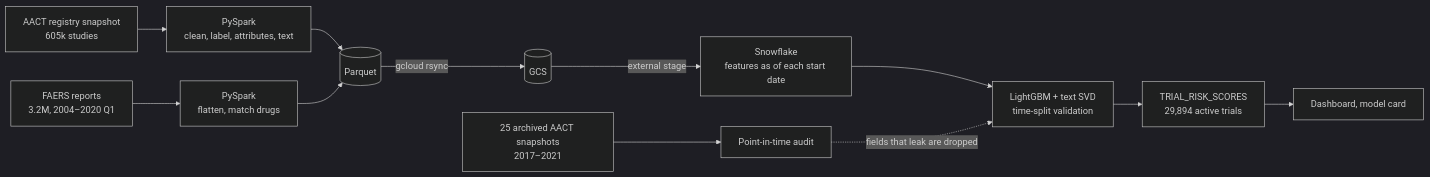
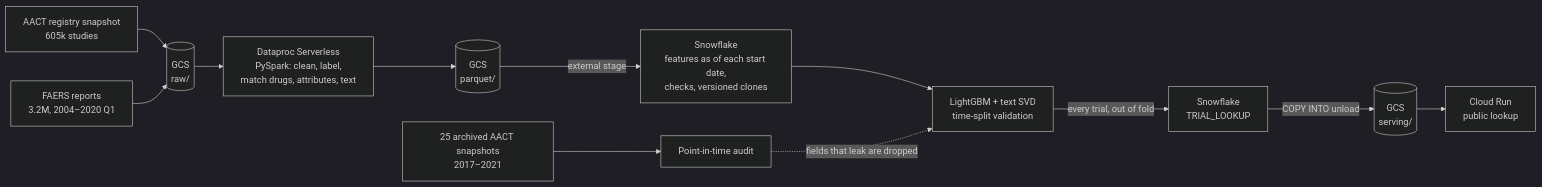
One commit to frankf1747/clinical_trial_risk_pipeline changed the diagram in README.md. Above: the diagram before and after it, drawn with Mermaid (dark theme). The commit also changed other lines of this file and 3 other files, not shown here.

First line of the commit message:
Dataproc runs: cap batches at 3 executors (two fit the 32-CPU quota); text job stops recomputing itself for its summary

````diff
--- a/README.md
+++ b/README.md
@@ -11,14 +13,14 @@
 ```mermaid
 flowchart LR
-  A["AACT registry snapshot<br/>605k studies"] --> S1["PySpark<br/>clean, label, attributes, text"]
-  F["FAERS reports<br/>3.2M, 2004–2020 Q1"] --> S2["PySpark<br/>flatten, match drugs"]
-  S1 --> P[("Parquet")]
-  S2 --> P
-  P -->|gcloud rsync| G[("GCS")]
-  G -->|external stage| W["Snowflake<br/>features as of each start date"]
+  A["AACT registry snapshot<br/>605k studies"] --> G1[("GCS<br/>raw/")]
+  F["FAERS reports<br/>3.2M, 2004–2020 Q1"] --> G1
+  G1 --> S["Dataproc Serverless<br/>PySpark: clean, label,<br/>match drugs, attributes, text"]
+  S --> G2[("GCS<br/>parquet/")]
+  G2 -->|external stage| W["Snowflake<br/>features as of each start date,<br/>checks, versioned clones"]
   W --> M["LightGBM + text SVD<br/>time-split validation"]
-  M --> R["TRIAL_RISK_SCORES<br/>29,894 active trials"]
-  R --> D["Dashboard, model card"]
+  M -->|every trial, out of fold| W2["Snowflake<br/>TRIAL_LOOKUP"]
+  W2 -->|COPY INTO unload| G3[("GCS<br/>serving/")]
+  G3 --> C["Cloud Run<br/>public lookup"]
   H["25 archived AACT snapshots<br/>2017–2021"] --> AU["Point-in-time audit"]
   AU -.->|fields that leak are dropped| M
 ```
````
